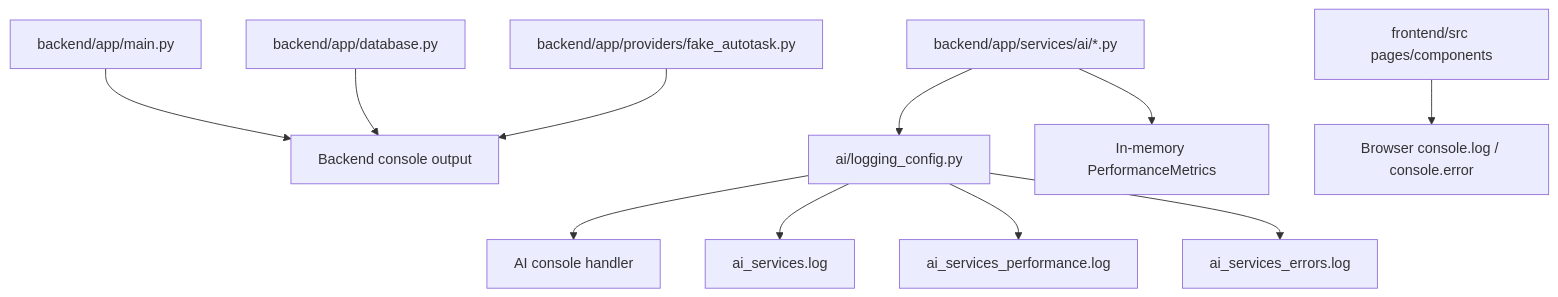
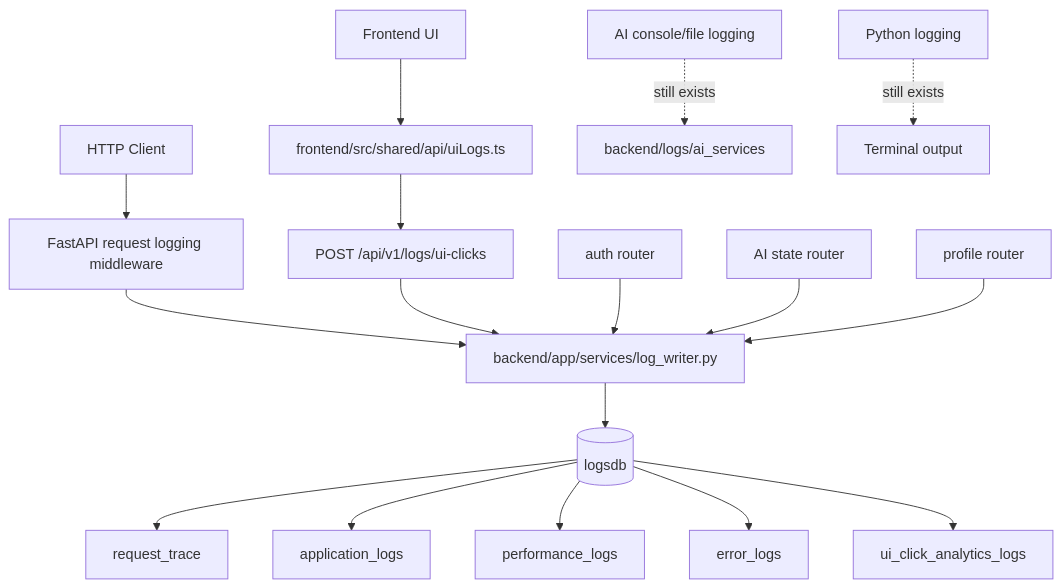
One commit to Plymouth-University/comp2003-2025-2026-team-3 changed the diagram in docs/services/logging-system/overview.md. Above: the diagram before and after it, drawn with Mermaid. The commit also changed other lines of this file and 5 other files, not shown here.

````diff
--- a/docs/services/logging-system/overview.md
+++ b/docs/services/logging-system/overview.md
@@ -86,15 +126,22 @@
 ```mermaid
 flowchart TD
-  BackendMain[backend/app/main.py] --> Console[Backend console output]
-  Database[backend/app/database.py] --> Console
-  Provider[backend/app/providers/fake_autotask.py] --> Console
+  Browser[Frontend UI] --> UIHelper[frontend/src/shared/api/uiLogs.ts]
+  UIHelper --> LogsAPI[POST /api/v1/logs/ui-clicks]
 
-  AIModules[backend/app/services/ai/*.py] --> AILogging[ai/logging_config.py]
-  AILogging --> AIConsole[AI console handler]
-  AILogging --> MainFile[ai_services.log]
-  AILogging --> PerfFile[ai_services_performance.log]
-  AILogging --> ErrorFile[ai_services_errors.log]
-  AIModules --> Metrics[In-memory PerformanceMetrics]
+  Client[HTTP Client] --> Middleware[FastAPI request logging middleware]
+  Middleware --> LogWriter[backend/app/services/log_writer.py]
+  LogsAPI --> LogWriter
+  AuthRoutes[auth router] --> LogWriter
+  AIRoutes[AI state router] --> LogWriter
+  ProfileRoutes[profile router] --> LogWriter
 
-  Frontend[frontend/src pages/components] --> BrowserConsole[Browser console.log / console.error]
+  LogWriter --> LogsDB[(logsdb)]
+  LogsDB --> Trace[request_trace]
+  LogsDB --> App[application_logs]
+  LogsDB --> Perf[performance_logs]
+  LogsDB --> Err[error_logs]
+  LogsDB --> UI[ui_click_analytics_logs]
+
+  AIConsole[AI console/file logging] -. still exists .-> Files[backend/logs/ai_services]
+  BackendConsole[Python logging] -. still exists .-> Terminal[Terminal output]
 ```
````
